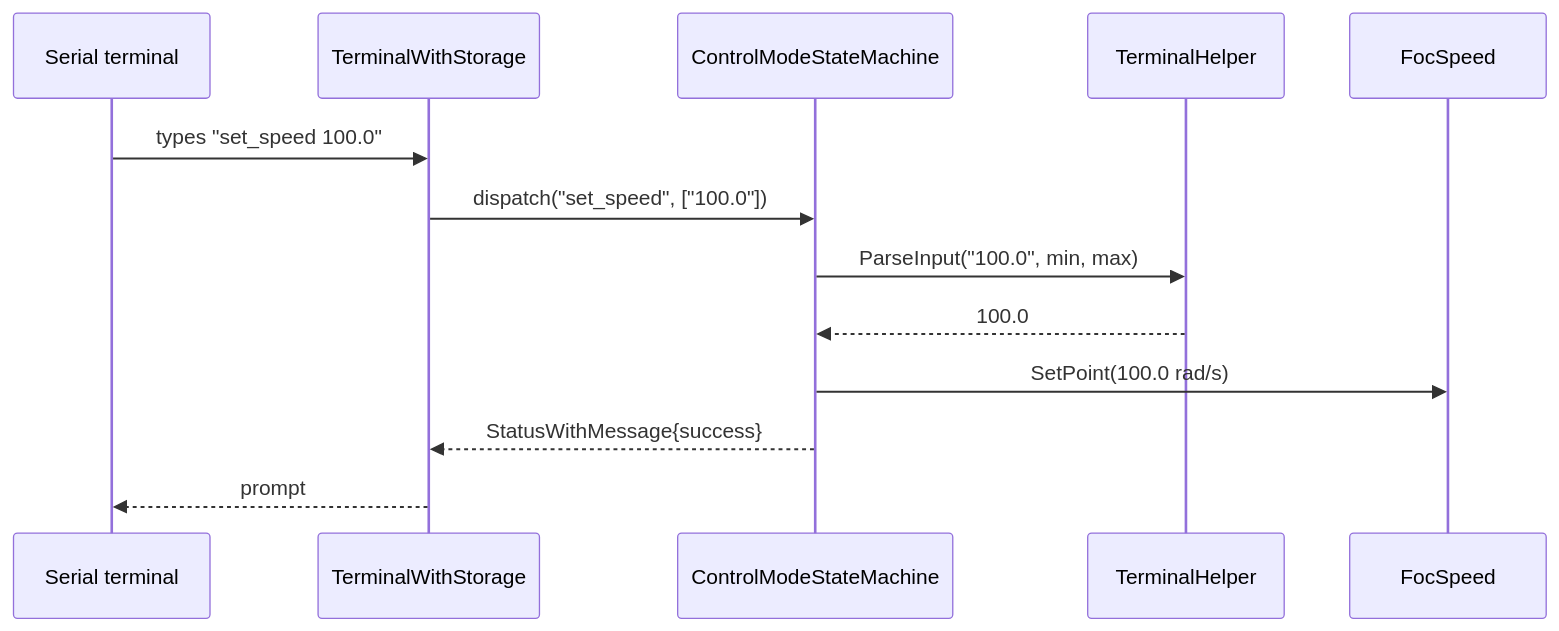
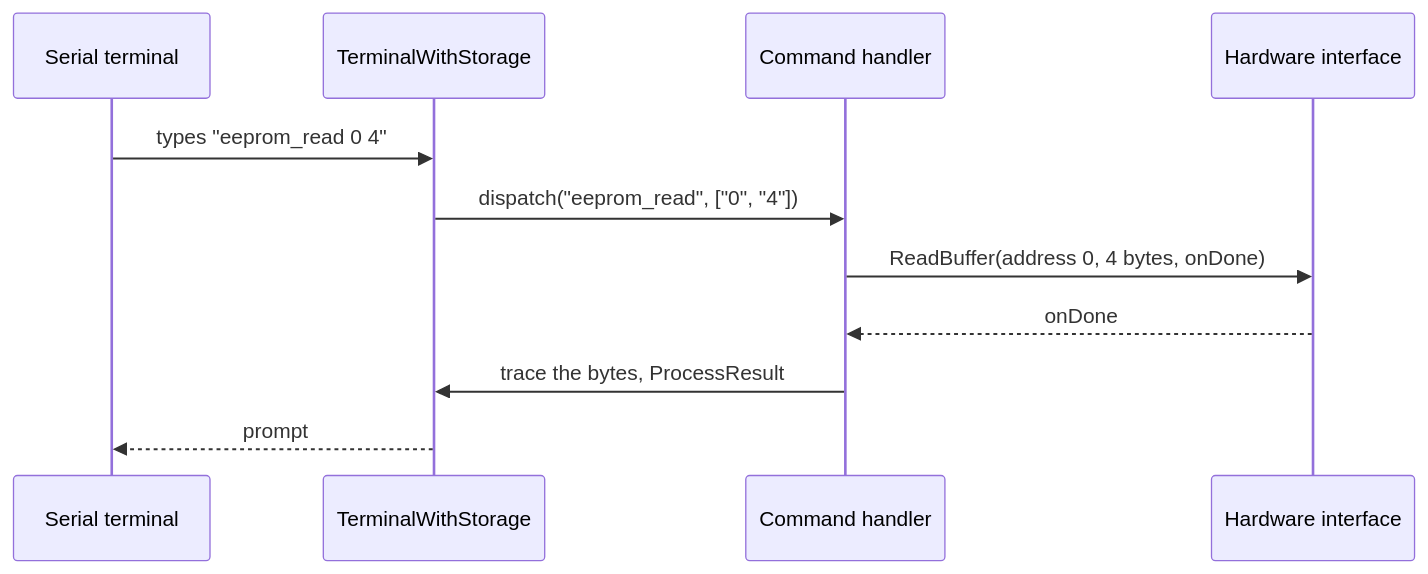
The diagram in documentation/design/service-cli.md (embedded-pro/e-foc), drawn with Mermaid before and after one commit. The commit also changed other lines of this file and 54 other files, not shown here.

First line of the commit message:
refactor(state-machine): drop the command line from the motor application

````diff
--- a/documentation/design/service-cli.md
+++ b/documentation/design/service-cli.md
@@ -197,16 +106,14 @@
 ```mermaid
 sequenceDiagram
     participant User as Serial terminal
     participant TWS as TerminalWithStorage
-    participant CMSM as ControlModeStateMachine
-    participant Helper as TerminalHelper
-    participant FocSpeed
+    participant Handler as Command handler
+    participant Hal as Hardware interface
 
-    User->>TWS: types "set_speed 100.0"
-    TWS->>CMSM: dispatch("set_speed", ["100.0"])
-    CMSM->>Helper: ParseInput("100.0", min, max)
-    Helper-->>CMSM: 100.0
-    CMSM->>FocSpeed: SetPoint(100.0 rad/s)
-    CMSM-->>TWS: StatusWithMessage{success}
+    User->>TWS: types "eeprom_read 0 4"
+    TWS->>Handler: dispatch("eeprom_read", ["0", "4"])
+    Handler->>Hal: ReadBuffer(address 0, 4 bytes, onDone)
+    Hal-->>Handler: onDone
+    Handler->>TWS: trace the bytes, ProcessResult
     TWS-->>User: prompt
 ```
````
